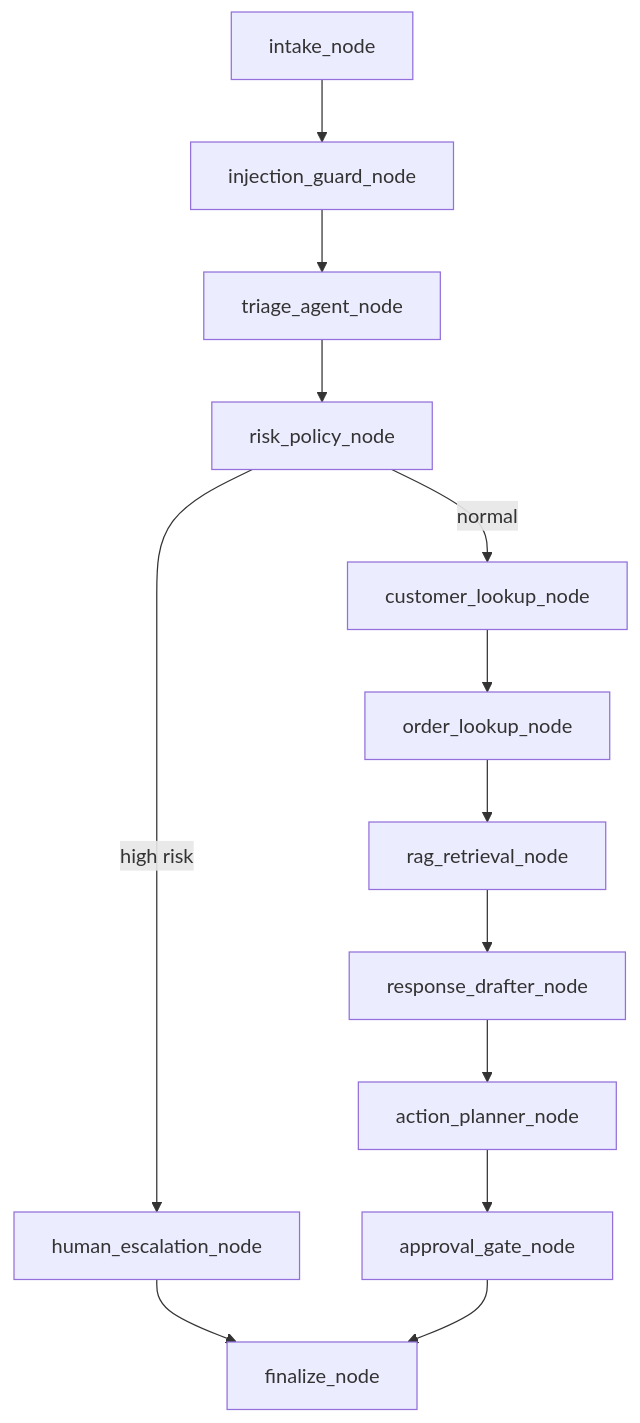
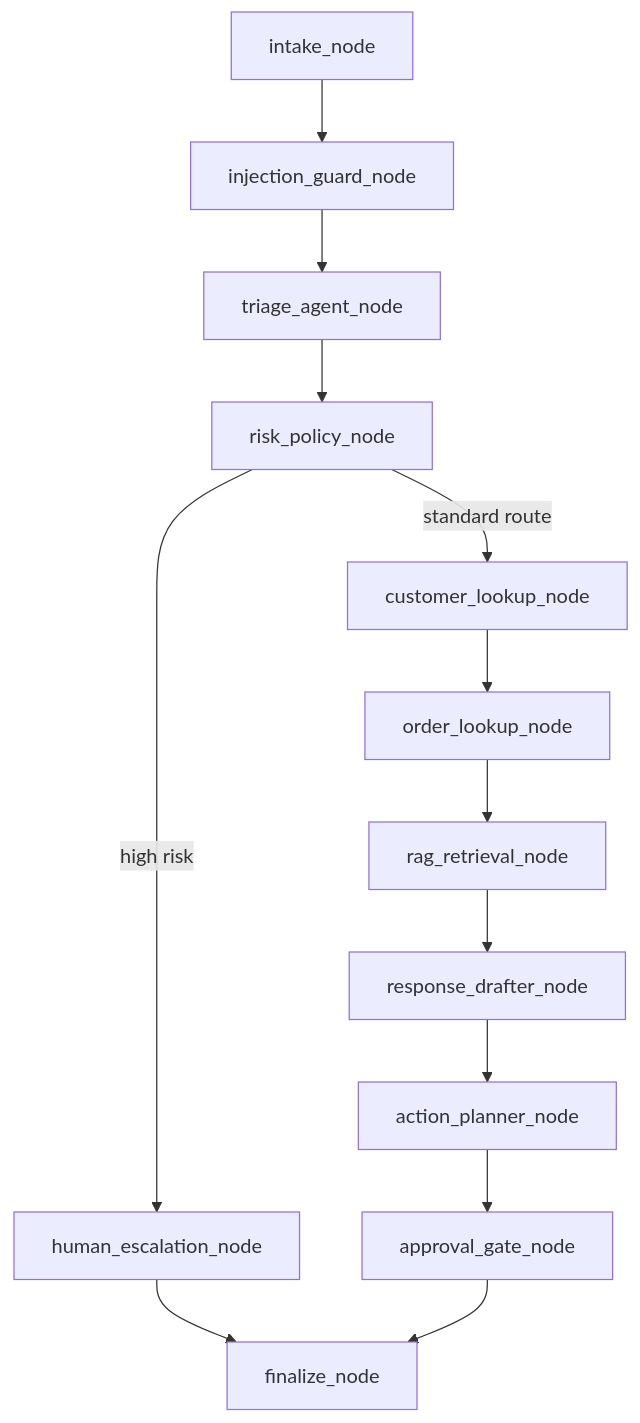
One commit to ab2956955606-cmyk/ai_customer_service changed the second of 2 diagrams in README.md. Above: the diagram before and after it, drawn with Mermaid. The commit also changed other lines of this file, not shown here.

````diff
--- a/README.md
+++ b/README.md
@@ -41,15 +42,15 @@
 ```mermaid
 flowchart TD
   A[intake_node] --> B[injection_guard_node]
   B --> C[triage_agent_node]
   C --> D[risk_policy_node]
   D -->|high risk| E[human_escalation_node]
   E --> L[finalize_node]
-  D -->|normal| F[customer_lookup_node]
+  D -->|standard route| F[customer_lookup_node]
   F --> G[order_lookup_node]
   G --> H[rag_retrieval_node]
   H --> I[response_drafter_node]
   I --> J[action_planner_node]
   J --> K[approval_gate_node]
   K --> L
 ```
````
